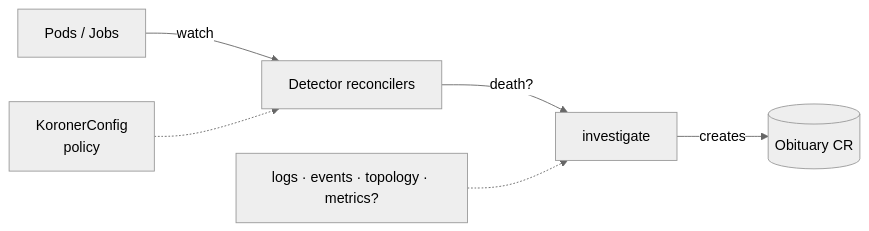
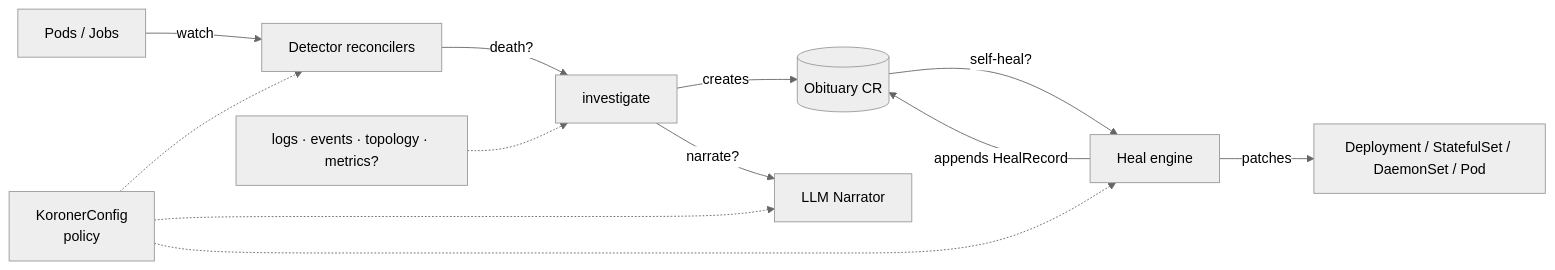
The diagram in README.md (RWejlgaard/koroner), drawn with Mermaid (neutral theme) before and after one commit. The commit also changed other lines of this file and 26 other files, not shown here.

Commit message:
add self-heal

````diff
--- a/README.md
+++ b/README.md
@@ -15,9 +16,15 @@
 ```mermaid
 flowchart LR
     workloads[Pods / Jobs] -->|watch| detectors[Detector reconcilers]
     detectors -->|death?| investigate[investigate]
     investigate -->|creates| obituary[(Obituary CR)]
+    investigate -->|narrate?| narrator[LLM Narrator]
+    obituary -->|self-heal?| heal[Heal engine]
+    heal -->|patches| target[Deployment / StatefulSet / DaemonSet / Pod]
+    heal -->|appends HealRecord| obituary
 
     policy[KoronerConfig<br/>policy] -.-> detectors
+    policy -.-> narrator
+    policy -.-> heal
     evidence[logs · events · topology · metrics?] -.-> investigate
 ```
````
